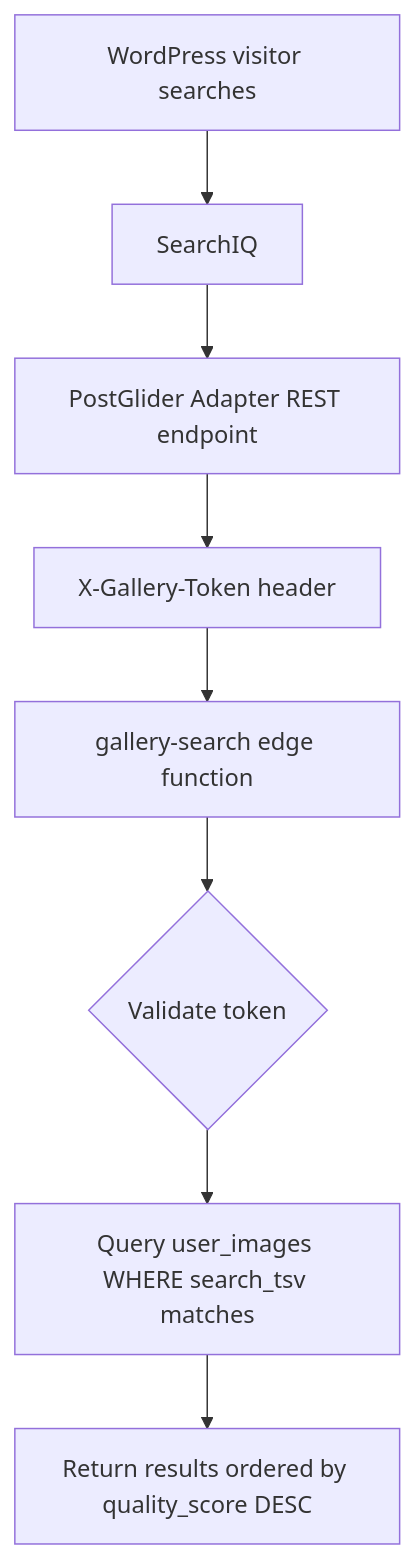
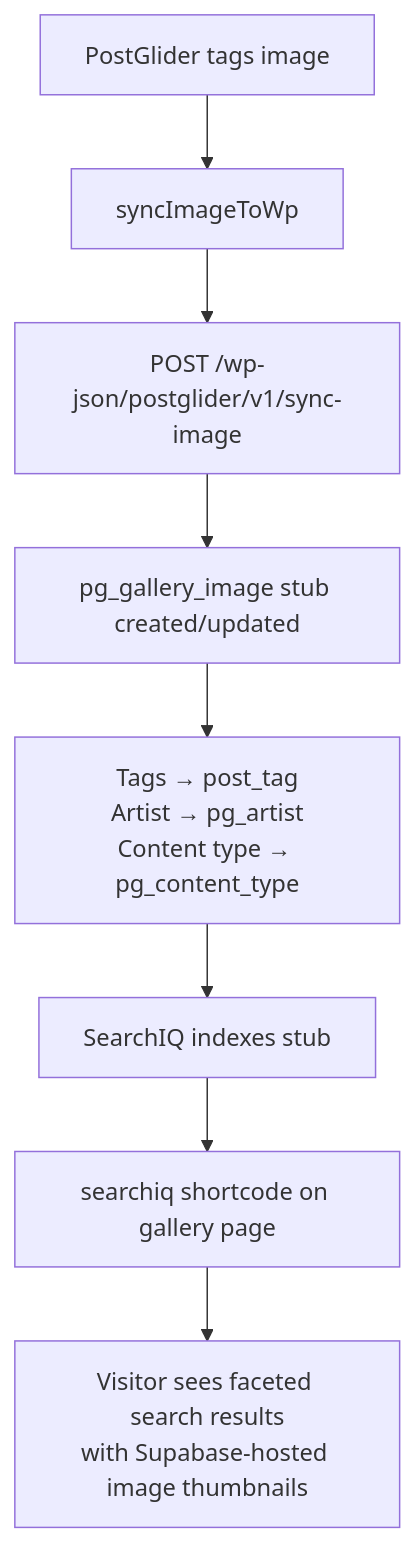
One commit to kenlyle2/documentationai-Docs changed the diagram in admin/searchiq.mdx. Above: the diagram before and after it, drawn with Mermaid. The commit also changed other lines of this file, not shown here.

First line of the commit message:
docs(searchiq): rewrite SearchIQ integration doc with full strategy + facet taxonomy

````diff
--- a/admin/searchiq.mdx
+++ b/admin/searchiq.mdx
@@ -9,10 +28,10 @@
 ```mermaid
 flowchart TD
-    A[WordPress visitor searches] --> B[SearchIQ]
-    B --> C[PostGlider Adapter REST endpoint]
-    C --> D[X-Gallery-Token header]
-    D --> E[gallery-search edge function]
-    E --> F{Validate token}
-    F --> G[Query user_images WHERE search_tsv matches]
-    G --> H[Return results ordered by quality_score DESC]
+    A[PostGlider tags image] --> B[syncImageToWp]
+    B --> C[POST /wp-json/postglider/v1/sync-image]
+    C --> D[pg_gallery_image stub created/updated]
+    D --> E[Tags → post_tag\nArtist → pg_artist\nContent type → pg_content_type]
+    E --> F[SearchIQ indexes stub]
+    F --> G[searchiq shortcode on gallery page]
+    G --> H[Visitor sees faceted search results\nwith Supabase-hosted image thumbnails]
 ```
````
